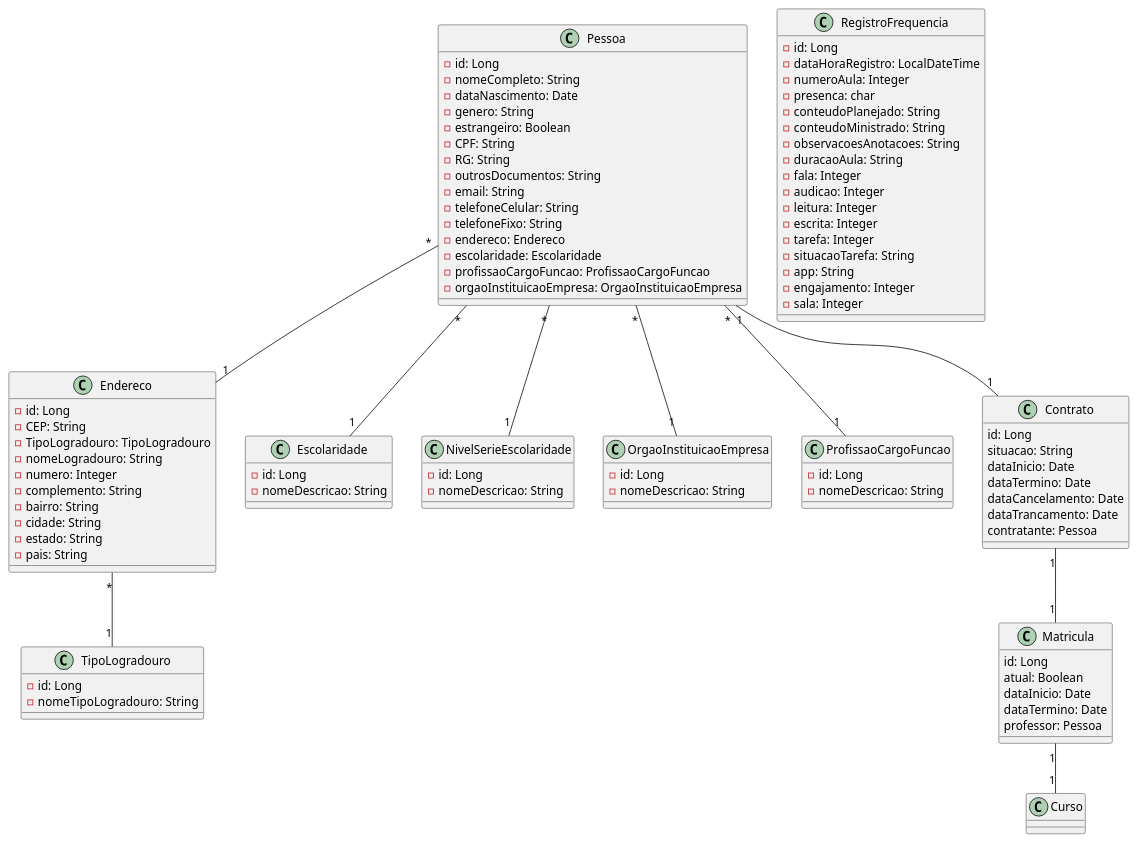
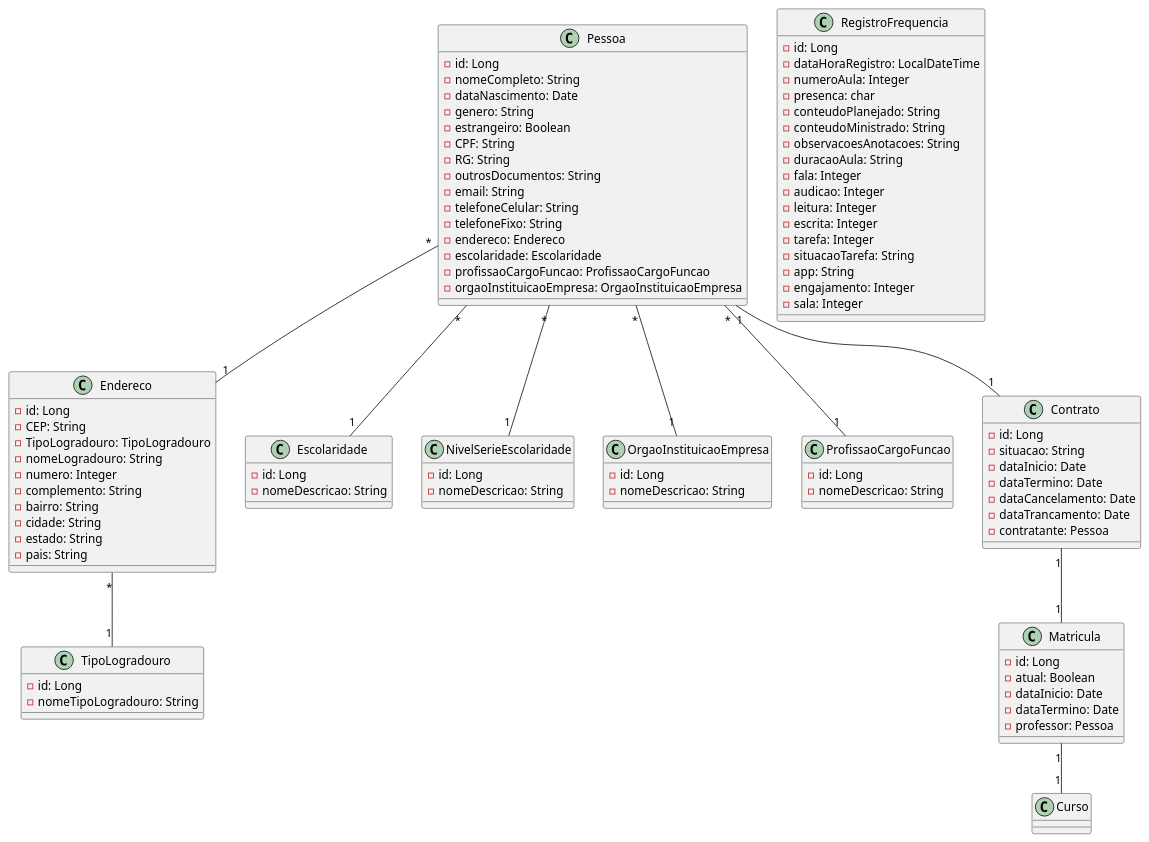
The diagram in docs/diagrams/dc_entidadesPrincipais.puml (Vitor-rs/AgePlan_backend), drawn with PlantUML before and after one commit. The commit also changed 4 other files, not shown here.

```diff
--- a/docs/diagrams/dc_entidadesPrincipais.puml
+++ b/docs/diagrams/dc_entidadesPrincipais.puml
@@ -1,116 +1,113 @@
 @startuml
 
 class Pessoa {
     - id: Long
     - nomeCompleto: String
     - dataNascimento: Date
     - genero: String
     - estrangeiro: Boolean
     - CPF: String
     - RG: String
     - outrosDocumentos: String
     - email: String
     - telefoneCelular: String
     - telefoneFixo: String
     - endereco: Endereco
     - escolaridade: Escolaridade
     - profissaoCargoFuncao: ProfissaoCargoFuncao
     - orgaoInstituicaoEmpresa: OrgaoInstituicaoEmpresa
 }
 
 class Endereco {
     - id: Long
     - CEP: String
     - TipoLogradouro: TipoLogradouro
     - nomeLogradouro: String
     - numero: Integer
     - complemento: String
     - bairro: String
     - cidade: String
     - estado: String
     - pais: String
 }
 
 class TipoLogradouro {
     - id: Long
     - nomeTipoLogradouro: String
 }
 
 class Escolaridade {
     - id: Long
     - nomeDescricao: String
 }
 
 class NivelSerieEscolaridade {
     - id: Long
     - nomeDescricao: String
 }
 
 class OrgaoInstituicaoEmpresa {
     - id: Long
     - nomeDescricao: String
 }
 
 class ProfissaoCargoFuncao {
     - id: Long
     - nomeDescricao: String
 }
 
 class RegistroFrequencia {
     - id: Long
     - dataHoraRegistro: LocalDateTime
     - numeroAula: Integer
     - presenca: char
     - conteudoPlanejado: String
     - conteudoMinistrado: String
     - observacoesAnotacoes: String
     - duracaoAula: String
     - fala: Integer
     - audicao: Integer
     - leitura: Integer
     - escrita: Integer
     - tarefa: Integer
     - situacaoTarefa: String
     - app: String
     - engajamento: Integer
     - sala: Integer
 }
 
 
 class Contrato {
-    id: Long
-    situacao: String
-    dataInicio: Date
-    dataTermino: Date
-    dataCancelamento: Date
-    dataTrancamento: Date
-    contratante: Pessoa
+   - id: Long
+   - situacao: String
+   - dataInicio: Date
+   - dataTermino: Date
+   - dataCancelamento: Date
+   - dataTrancamento: Date
+   - contratante: Pessoa
 
 }
 
 class Matricula {
-    id: Long
-    atual: Boolean
-    dataInicio: Date
-    dataTermino: Date
-    professor: Pessoa
+   - id: Long
+   - atual: Boolean
+   - dataInicio: Date
+   - dataTermino: Date
+   - professor: Pessoa
 }
-
-
 
 Pessoa "1" -- "1" Contrato
 Contrato "1" -- "1" Matricula
 Matricula "1" -- "1" Curso
-
 
 
 Pessoa "*" -- "1" Endereco
 Pessoa "*" -- "1" Escolaridade
 Pessoa "*" -- "1" NivelSerieEscolaridade
 Pessoa "*" -- "1" ProfissaoCargoFuncao
 Pessoa "*" -- "1" OrgaoInstituicaoEmpresa
 Endereco "*" -- "1" TipoLogradouro
 
 
 
 @enduml
```
